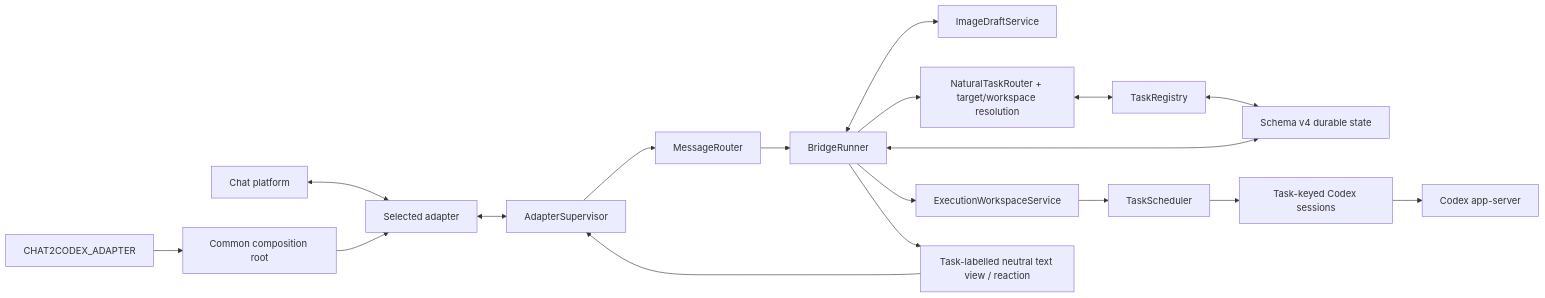
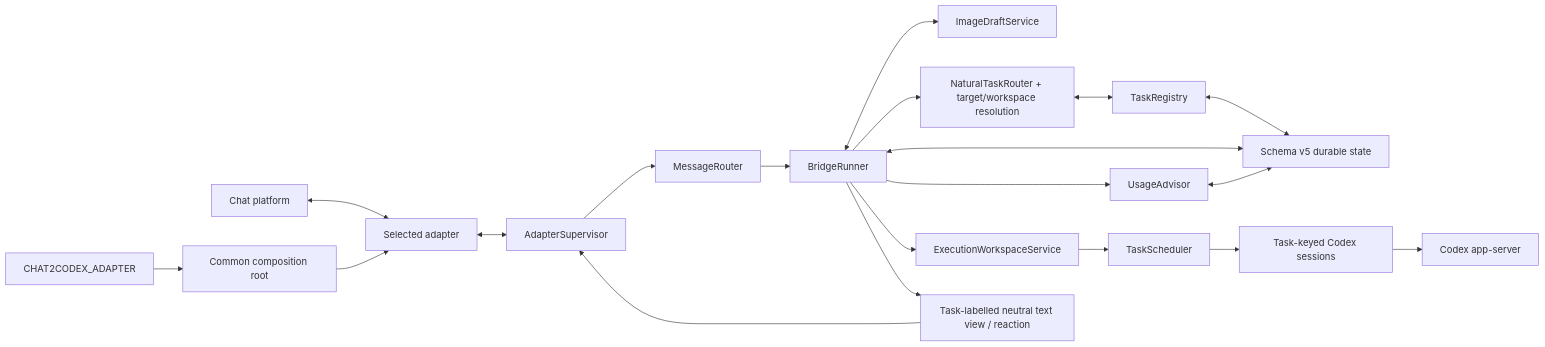
The diagram in docs/architecture.md (qhd1996/chat2codex), drawn with Mermaid before and after one commit. The commit also changed other lines of this file and 5 other files, not shown here.

Commit message:
test: verify Weixin UsageAdvisor phase 4

````diff
--- a/docs/architecture.md
+++ b/docs/architecture.md
@@ -10,20 +10,22 @@
 ```mermaid
 flowchart LR
   Platform["Chat platform"] <--> Adapter["Selected adapter"]
   Selector["CHAT2CODEX_ADAPTER"] --> Composition["Common composition root"]
   Composition --> Adapter
   Adapter <--> Supervisor["AdapterSupervisor"]
   Supervisor --> Router["MessageRouter"]
   Router --> Runner["BridgeRunner"]
   Runner <--> Drafts["ImageDraftService"]
   Runner --> Natural["NaturalTaskRouter + target/workspace resolution"]
   Natural <--> Registry["TaskRegistry"]
-  Registry <--> State["Schema v4 durable state"]
+  Registry <--> State["Schema v5 durable state"]
   Runner <--> State
+  Runner --> Advisor["UsageAdvisor"]
+  Advisor <--> State
   Runner --> Workspace["ExecutionWorkspaceService"]
   Workspace --> Scheduler["TaskScheduler"]
   Scheduler --> Sessions["Task-keyed Codex sessions"]
   Sessions --> Codex["Codex app-server"]
   Runner --> Output["Task-labelled neutral text view / reaction"]
   Output --> Supervisor
 ```
````
